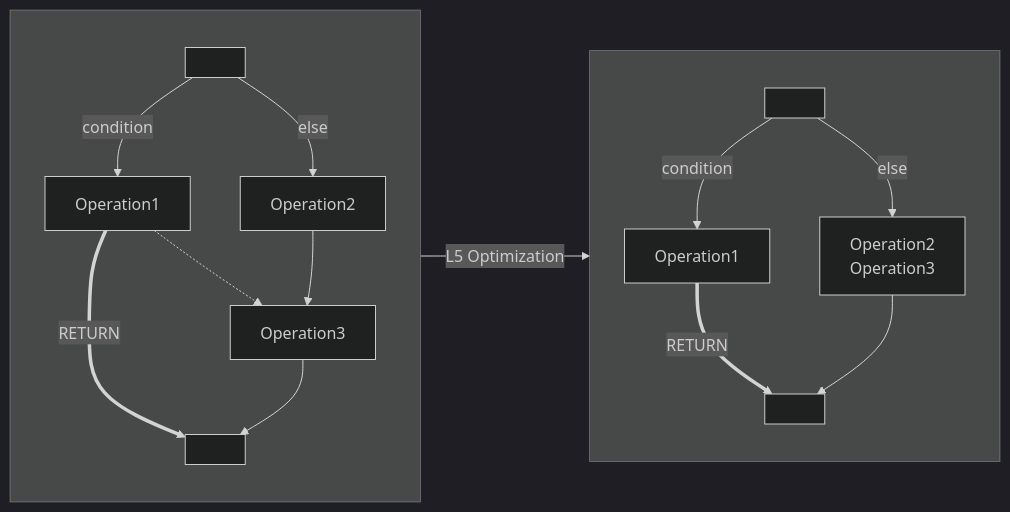
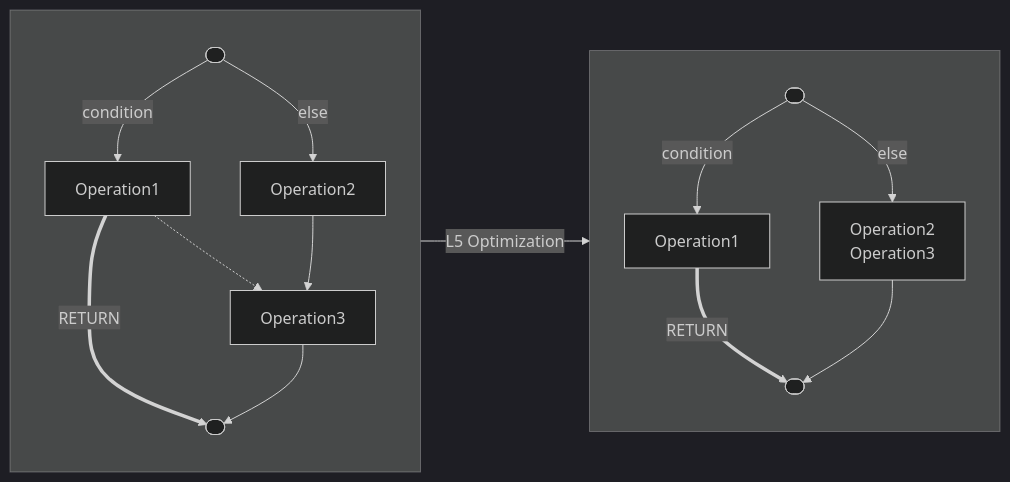
Before and after one commit to Nightingale-LZH/FSM-Compiler-2: the eighth of 9 diagrams in readme.md, drawn with Mermaid (dark theme). The commit also changed other lines of this file and 1 other file, not shown here.

````diff
--- a/readme.md
+++ b/readme.md
@@ -312,38 +327,38 @@
 ```mermaid
 flowchart LR
     subgraph Before[ ]
         direction TB
-        s1[ ]
+        s1([ ])
         s2[Operation1]
         s3[Operation2]
         s4[Operation3]
-        s5[ ]
+        s5([ ])
 
         s1 -->|condition| s2
         s1 -->|else| s3
         s2 -.-> s4
 
         s2 ==>|RETURN| s5
 
         s4 --> s5
         s3 --> s4
     end
 
     subgraph After[ ]
         direction TB
-        t1[ ]
+        t1([ ])
         t2[Operation1]
         t3["`Operation2
              Operation3`"]
-        t5[ ]
+        t5([ ])
 
         t1 -->|condition| t2
         t1 -->|else| t3
 
         t2 ==>|RETURN| t5
 
         t3 --> t5
     end
 
     Before -->|L5 Optimization| After
 ```
````
